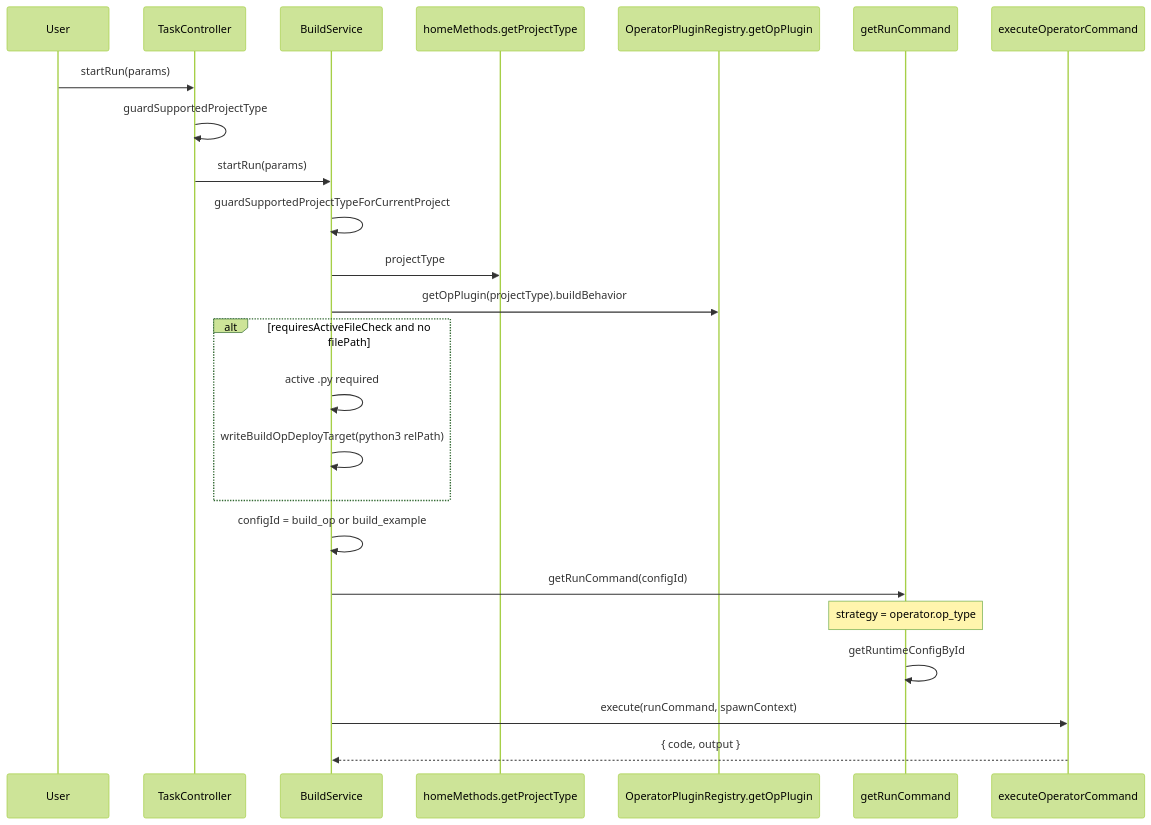
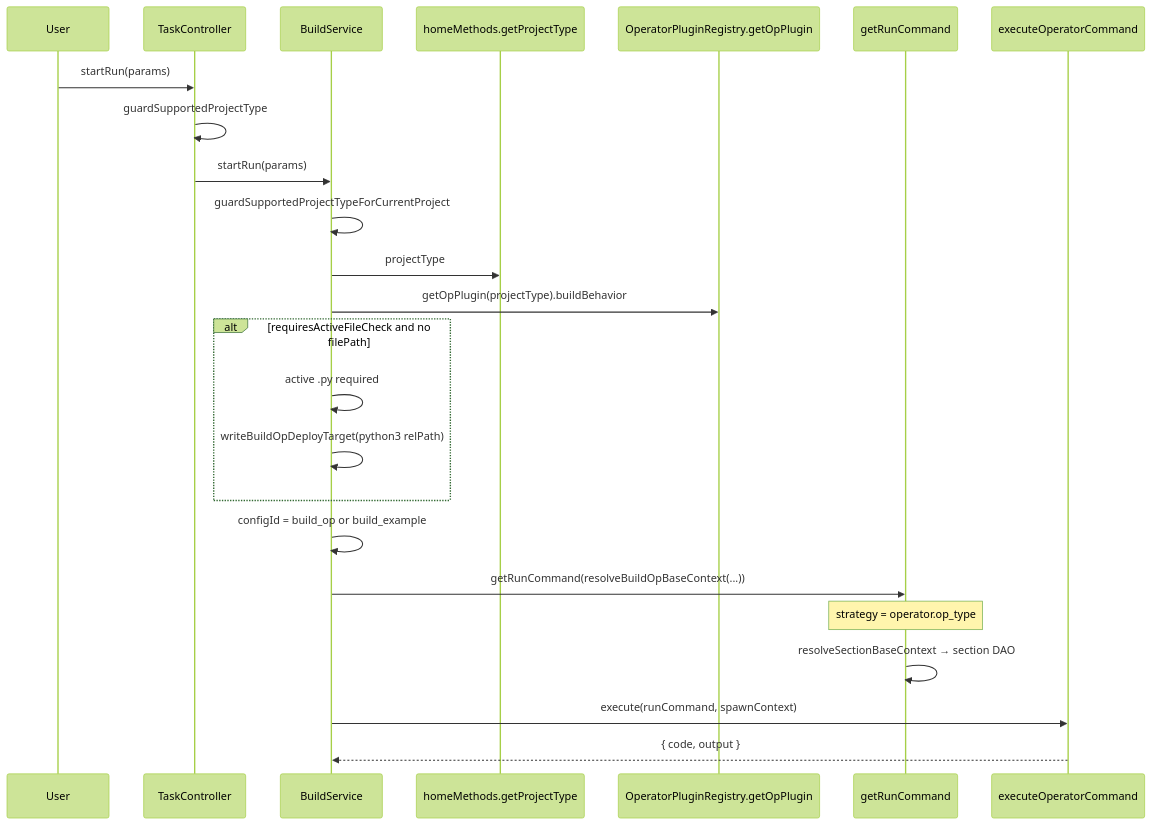
One commit to IdeFrontend/opdev_plugin changed the second of 2 diagrams in docs/run-integration.md. Above: the diagram before and after it, drawn with Mermaid (forest theme). The commit also changed other lines of this file and 287 other files, not shown here.

````diff
--- a/docs/run-integration.md
+++ b/docs/run-integration.md
@@ -62,29 +62,29 @@
 ```mermaid
 sequenceDiagram
   participant User
   participant Task as TaskController
   participant Build as BuildService
   participant Home as homeMethods.getProjectType
   participant Reg as OperatorPluginRegistry.getOpPlugin
   participant Domain as getRunCommand
   participant ExecOp as executeOperatorCommand
 
   User->>Task: startRun(params)
   Task->>Task: guardSupportedProjectType
   Task->>Build: startRun(params)
   Build->>Build: guardSupportedProjectTypeForCurrentProject
   Build->>Home: projectType
   Build->>Reg: getOpPlugin(projectType).buildBehavior
 
   alt requiresActiveFileCheck and no filePath
     Build->>Build: active .py required
     Build->>Build: writeBuildOpDeployTarget(python3 relPath)
   end
 
   Build->>Build: configId = build_op or build_example
-  Build->>Domain: getRunCommand(configId)
+  Build->>Domain: getRunCommand(resolveBuildOpBaseContext(...))
   Note over Domain: strategy = operator.op_type
-  Domain->>Domain: getRuntimeConfigById
+  Domain->>Domain: resolveSectionBaseContext → section DAO
   Build->>ExecOp: execute(runCommand, spawnContext)
   ExecOp-->>Build: { code, output }
 ```
````
